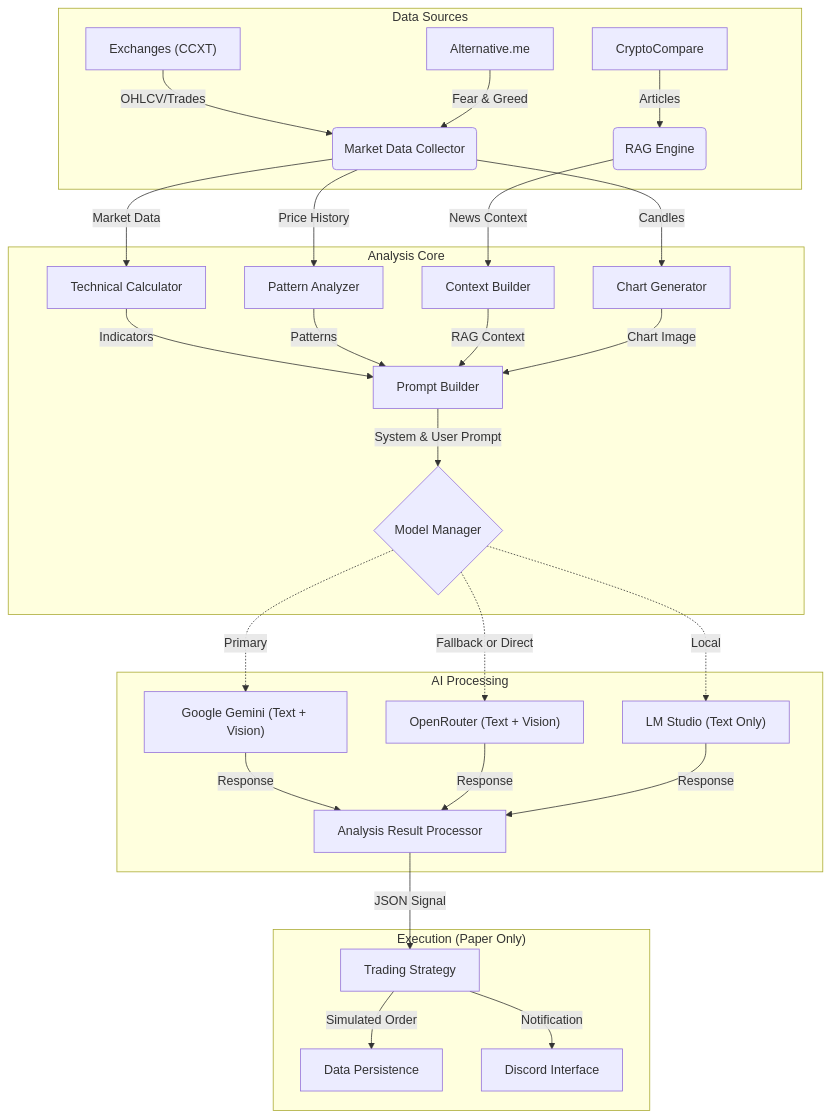
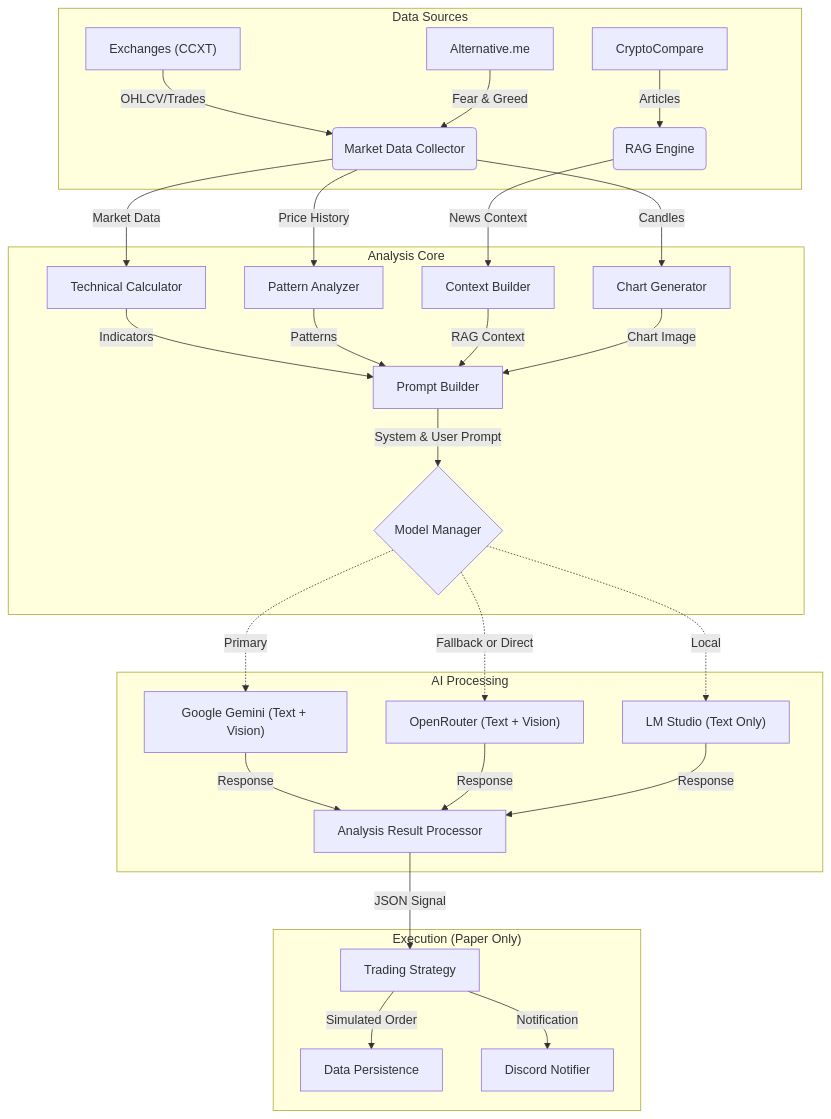
One commit to qrak/LLM_trader changed the diagram in README.md. Above: the diagram before and after it, drawn with Mermaid.

Commit message:
docs: Update execution subgraph in README to refer to Discord Notifier

````diff
--- a/README.md
+++ b/README.md
@@ -14,41 +14,41 @@
 ```mermaid
 graph TD
     subgraph Data Sources
         Ex["Exchanges (CCXT)"] --> |OHLCV/Trades| DC(Market Data Collector)
         News[CryptoCompare] --> |Articles| RAG(RAG Engine)
         Sent[Alternative.me] --> |Fear & Greed| DC
     end
 
     subgraph Analysis Core
         DC --> |Market Data| TC[Technical Calculator]
         DC --> |Price History| PA[Pattern Analyzer]
         DC --> |Candles| CG[Chart Generator]
         
         RAG --> |News Context| CB[Context Builder]
         
         %% Orchestration / Assembly
         TC --> |Indicators| PB[Prompt Builder]
         PA --> |Patterns| PB
         CB --> |RAG Context| PB
         CG --> |Chart Image| PB
         
         PB --> |System & User Prompt| MM{Model Manager}
     end
 
     subgraph AI Processing
         %% Provider Selection Logic (Sequential / Fallback)
         MM -.-> |Primary| Google["Google Gemini (Text + Vision)"]
         MM -.-> |Fallback or Direct| OR["OpenRouter (Text + Vision)"]
         MM -.-> |Local| Local["LM Studio (Text Only)"]
         
         Google --> |Response| ARP[Analysis Result Processor]
         OR --> |Response| ARP
         Local --> |Response| ARP
     end
 
     subgraph Execution ["Execution (Paper Only)"]
         ARP --> |JSON Signal| TS[Trading Strategy]
         TS --> |Simulated Order| DP[Data Persistence]
-        TS --> |Notification| DN[Discord Interface]
+        TS --> |Notification| DN[Discord Notifier]
     end
 ```
````
